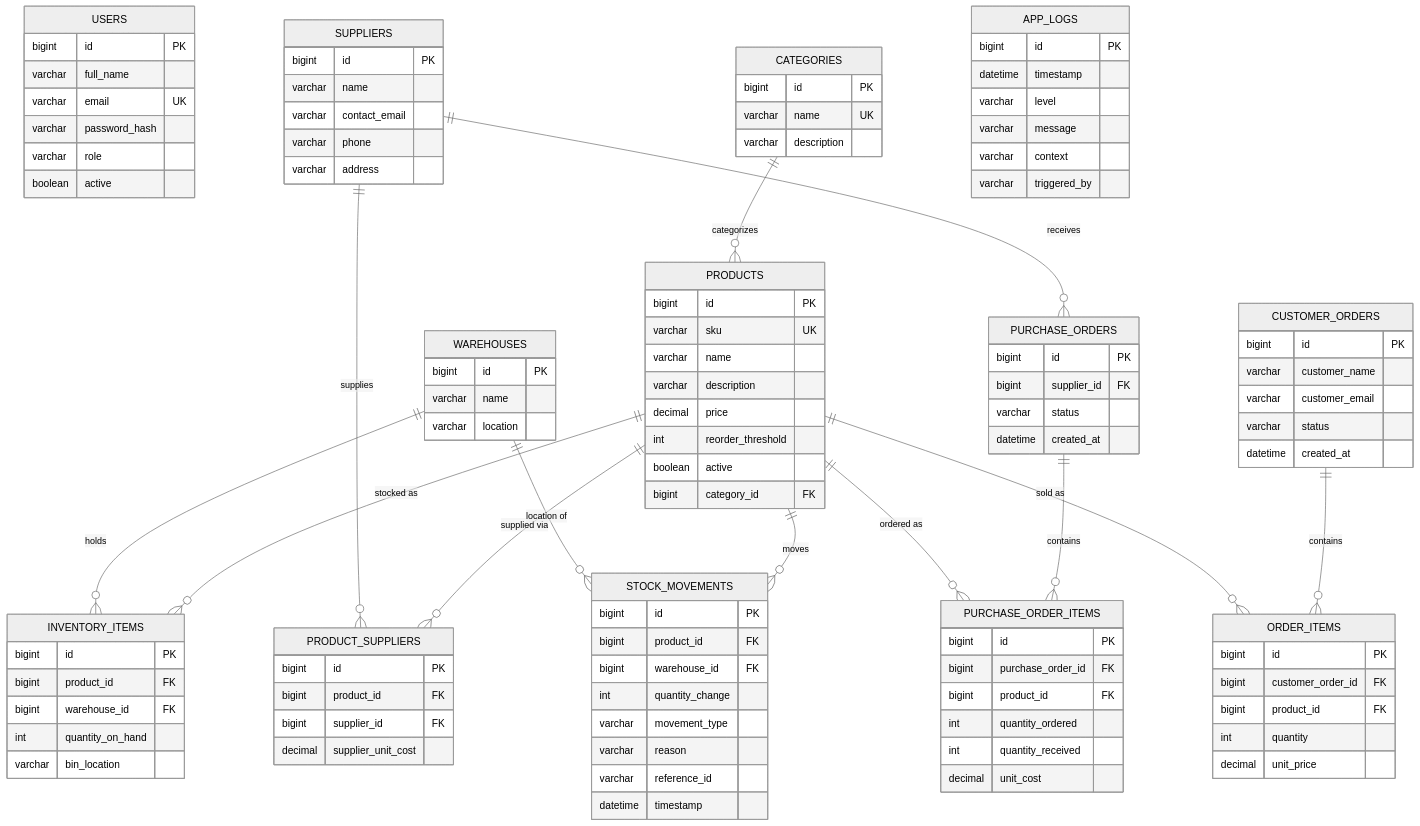
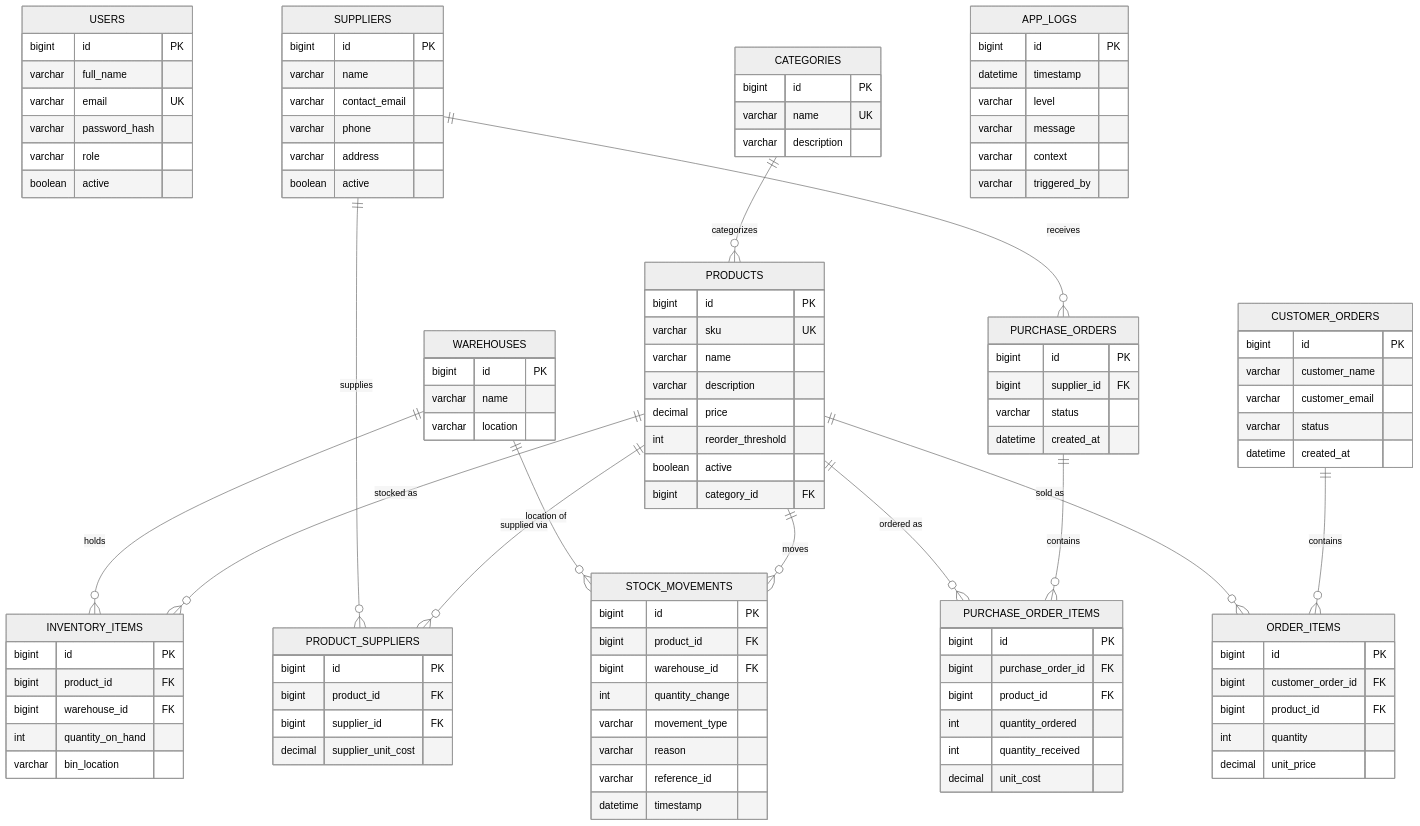
One commit to MartinxAlv/warehouse-system changed the diagram in docs/04-database-diagram.md. Above: the diagram before and after it, drawn with Mermaid (neutral theme). The commit also changed 4 other files, not shown here.

```diff
--- a/docs/04-database-diagram.md
+++ b/docs/04-database-diagram.md
@@ -34,6 +34,7 @@
         varchar contact_email
         varchar phone
         varchar address
+        boolean active
     }
 
     PRODUCT_SUPPLIERS {
```
